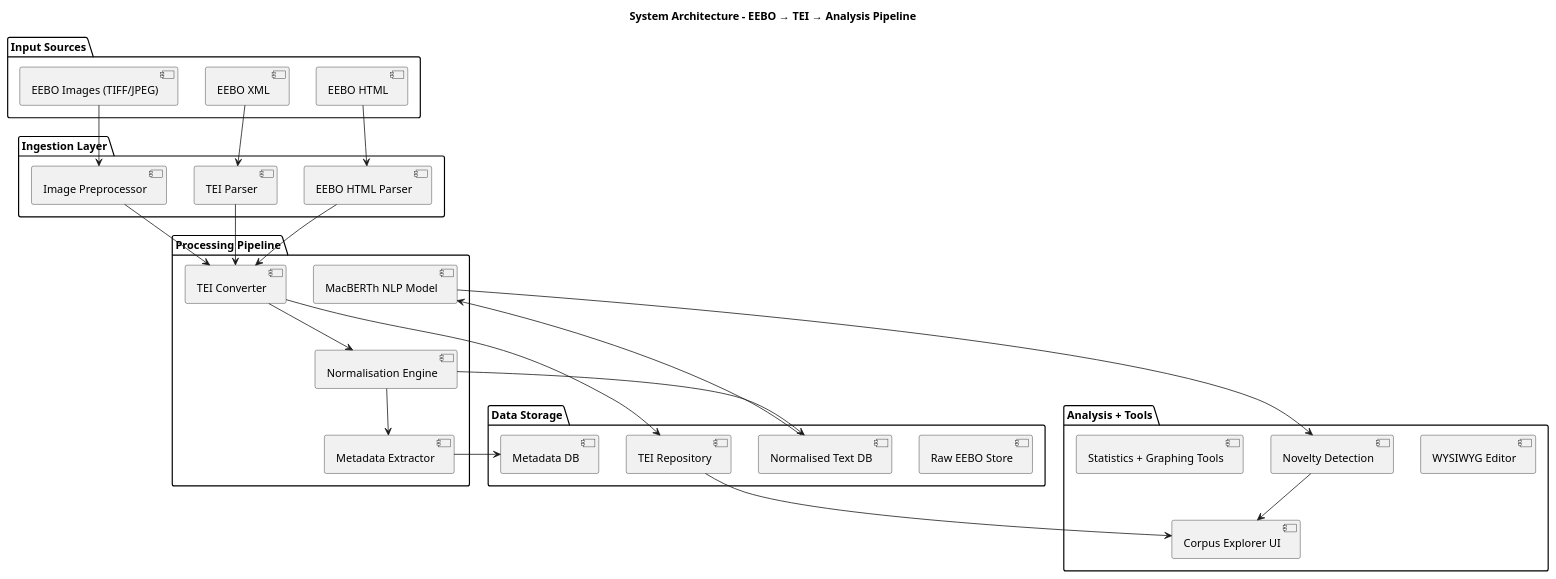
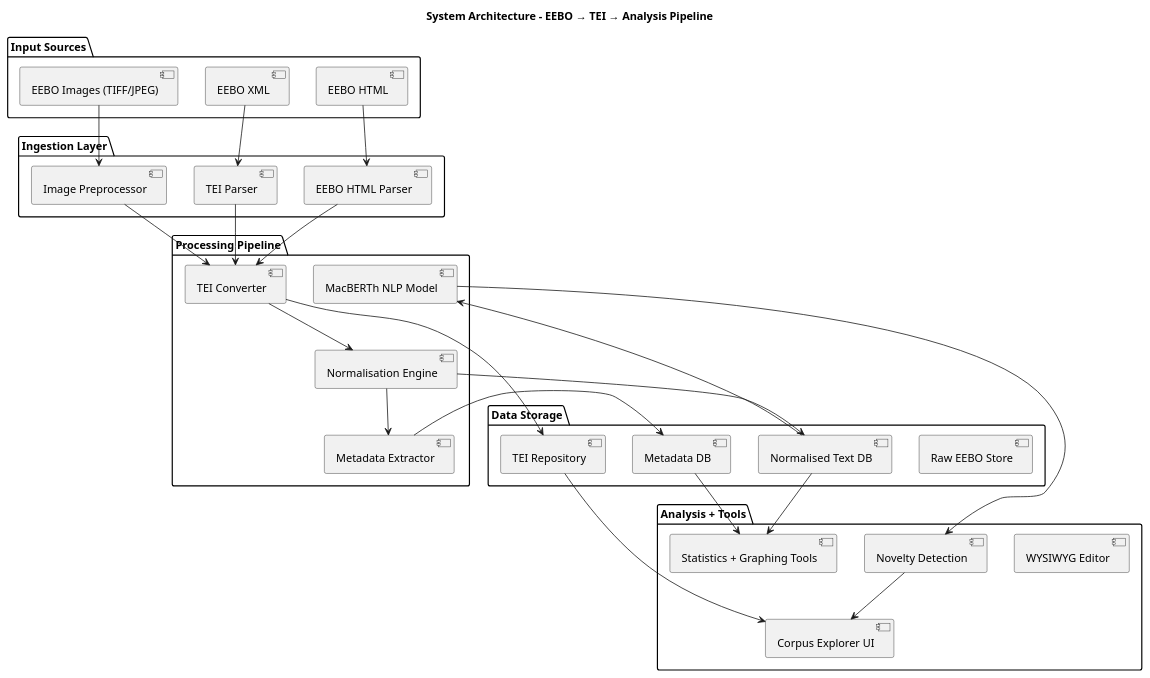
Before and after one commit to leegee/mutatis-mutandis: the diagram in docs/uml/component_diagram.puml, drawn with PlantUML. The commit also changed 1 other file, not shown here.

```diff
--- a/docs/uml/component_diagram.puml
+++ b/docs/uml/component_diagram.puml
@@ -1,58 +1,76 @@
 @startuml
 title System Architecture – EEBO → TEI → Analysis Pipeline
 
 package "Input Sources" {
   [EEBO HTML]
   [EEBO XML]
   [EEBO Images (TIFF/JPEG)]
 }
 
 package "Ingestion Layer" {
   [EEBO HTML Parser]
   [TEI Parser]
   [Image Preprocessor]
 }
 
 package "Processing Pipeline" {
   [TEI Converter]
   [Normalisation Engine]
   [MacBERTh NLP Model]
   [Metadata Extractor]
 }
 
 package "Data Storage" {
   [Raw EEBO Store]
   [TEI Repository]
   [Normalised Text DB]
   [Metadata DB]
 }
 
 package "Analysis + Tools" {
   [Corpus Explorer UI]
   [WYSIWYG Editor]
   [Novelty Detection]
   [Statistics + Graphing Tools]
 }
 
+' -------------------------------
+' Input → Ingestion
+' -------------------------------
 [EEBO HTML] --> [EEBO HTML Parser]
 [EEBO XML] --> [TEI Parser]
 [EEBO Images (TIFF/JPEG)] --> [Image Preprocessor]
 
+' -------------------------------
+' Ingestion → TEI Conversion
+' -------------------------------
 [EEBO HTML Parser] --> [TEI Converter]
 [TEI Parser] --> [TEI Converter]
 [Image Preprocessor] --> [TEI Converter]
 
-[TEI Converter] --> [TEI Repository]
-[TEI Converter] --> [Normalisation Engine]
+' -------------------------------
+' TEI Converter → Data Storage
+' -------------------------------
+[TEI Converter] --> [TEI Repository]        
+[TEI Converter] --> [Normalisation Engine]  
 
+' -------------------------------
+' Normalisation → Storage & MacBERTh
+' -------------------------------
 [Normalisation Engine] --> [Normalised Text DB]
 [Normalisation Engine] --> [Metadata Extractor]
 [Metadata Extractor] --> [Metadata DB]
 
 [Normalised Text DB] --> [MacBERTh NLP Model]
-[TEI Repository] --> [Corpus Explorer UI]
 
+' -------------------------------
+' Analysis Layer
+' -------------------------------
+[TEI Repository] --> [Corpus Explorer UI]  
 [MacBERTh NLP Model] --> [Novelty Detection]
 [Novelty Detection] --> [Corpus Explorer UI]
 
+[Normalised Text DB] --> [Statistics + Graphing Tools]
+[Metadata DB] --> [Statistics + Graphing Tools]
+
 @enduml
```
